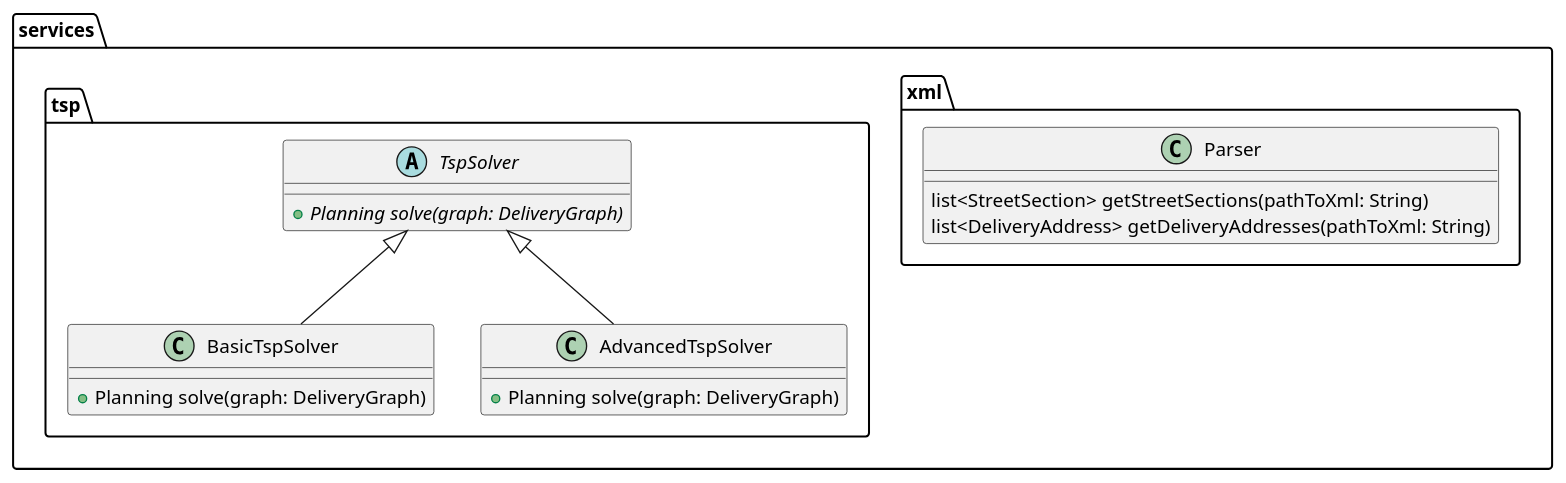
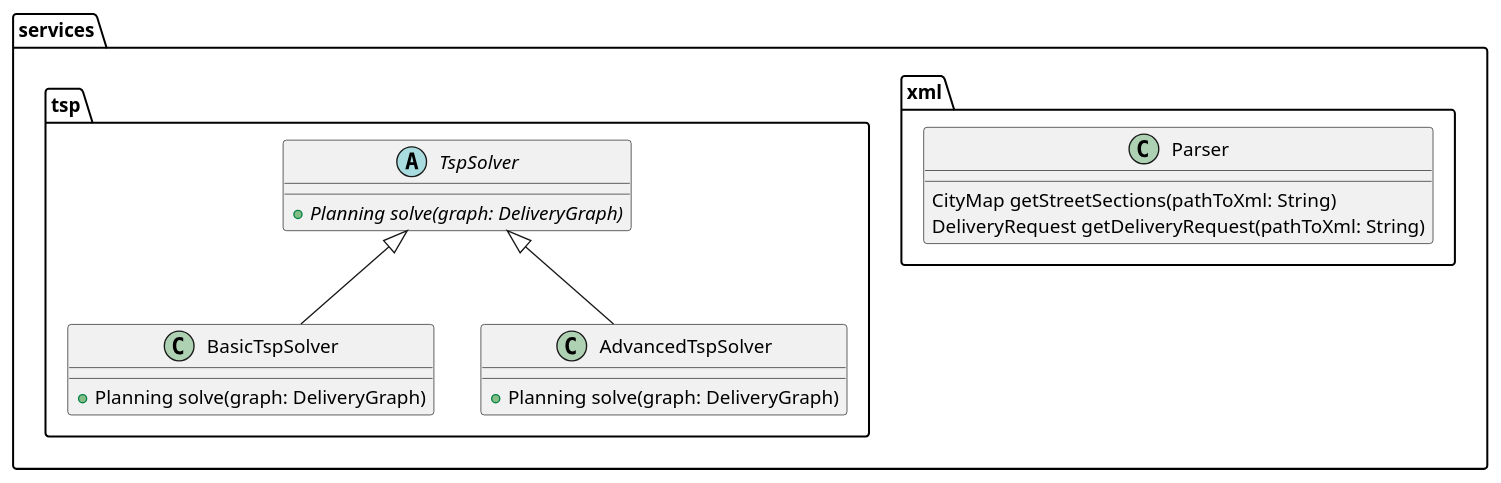
Before and after one commit to if-h4102/pld-agile: the diagram in docs/uml/package.services.puml, drawn with PlantUML. The commit also changed 1 other file, not shown here.

```diff
--- a/docs/uml/package.services.puml
+++ b/docs/uml/package.services.puml
@@ -1,32 +1,32 @@
 @startuml
 
 package services {
     package xml {
         class Parser {
-            list<StreetSection> getStreetSections(pathToXml: String)
-            list<DeliveryAddress> getDeliveryAddresses(pathToXml: String)
+            CityMap getStreetSections(pathToXml: String)
+            DeliveryRequest getDeliveryRequest(pathToXml: String)
         }
     }
 
     package tsp {
         abstract class TspSolver {
             +{abstract} Planning solve(graph: DeliveryGraph)
         }
 
         class BasicTspSolver {
             +Planning solve(graph: DeliveryGraph)
         }
 
         class AdvancedTspSolver {
             +Planning solve(graph: DeliveryGraph)
         }
 
         TspSolver <|-- BasicTspSolver
         TspSolver <|-- AdvancedTspSolver
 
     }
 }
 
 
 
 @enduml
```
